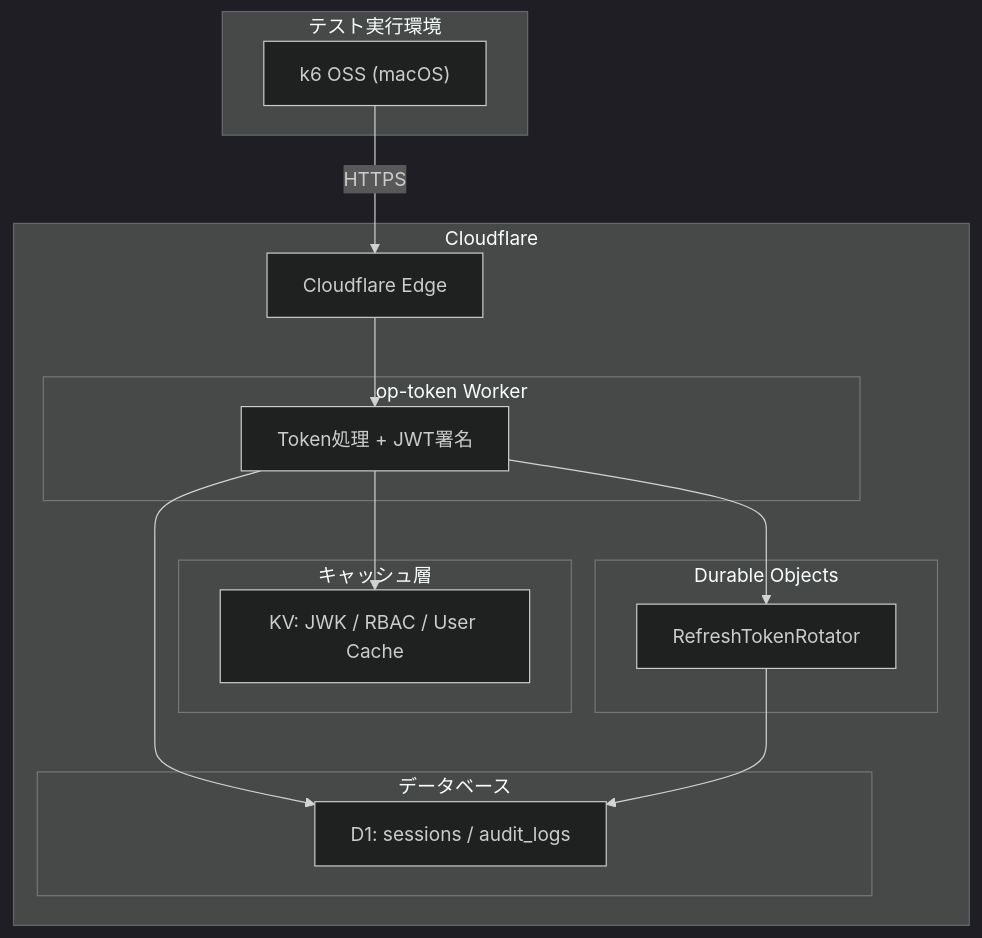
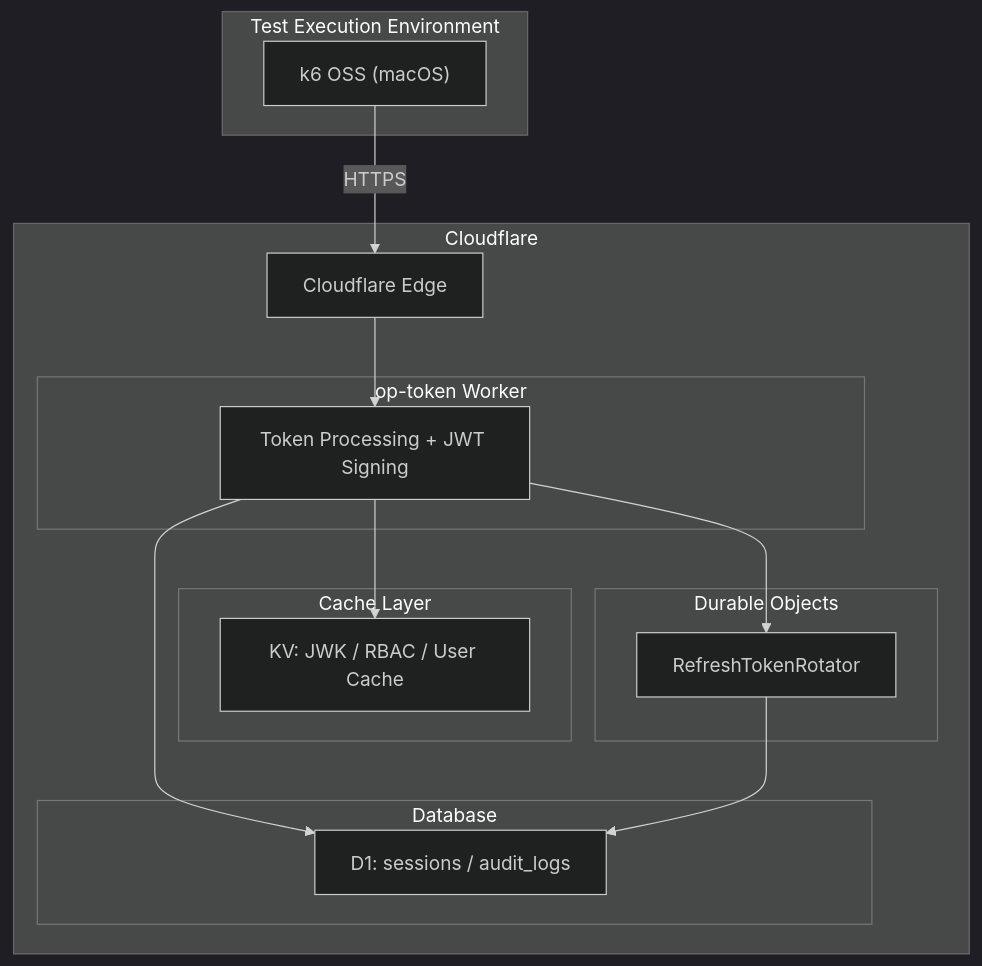
Before and after one commit to sgrastar/authrim: the diagram in load-testing/docs/REFRESH_TOKEN_STORM_RESULTS.md, drawn with Mermaid (dark theme). The commit also changed other lines of this file and 28 other files, not shown here.

````diff
--- a/load-testing/docs/REFRESH_TOKEN_STORM_RESULTS.md
+++ b/load-testing/docs/REFRESH_TOKEN_STORM_RESULTS.md
@@ -22,33 +22,33 @@
 ```mermaid
 flowchart TB
-    subgraph Local["テスト実行環境"]
+    subgraph Local["Test Execution Environment"]
         k6["k6 OSS (macOS)"]
     end
 
     subgraph CF["Cloudflare"]
         Edge["Cloudflare Edge"]
 
         subgraph Worker["op-token Worker"]
-            W["Token処理 + JWT署名"]
+            W["Token Processing + JWT Signing"]
         end
 
-        subgraph Cache["キャッシュ層"]
+        subgraph Cache["Cache Layer"]
             KV["KV: JWK / RBAC / User Cache"]
         end
 
         subgraph DO["Durable Objects"]
             RTR["RefreshTokenRotator"]
         end
 
-        subgraph DB["データベース"]
+        subgraph DB["Database"]
             D1["D1: sessions / audit_logs"]
         end
     end
 
     k6 -->|HTTPS| Edge
     Edge --> W
     W --> KV
     W --> RTR
     W --> D1
     RTR --> D1
 ```
````
